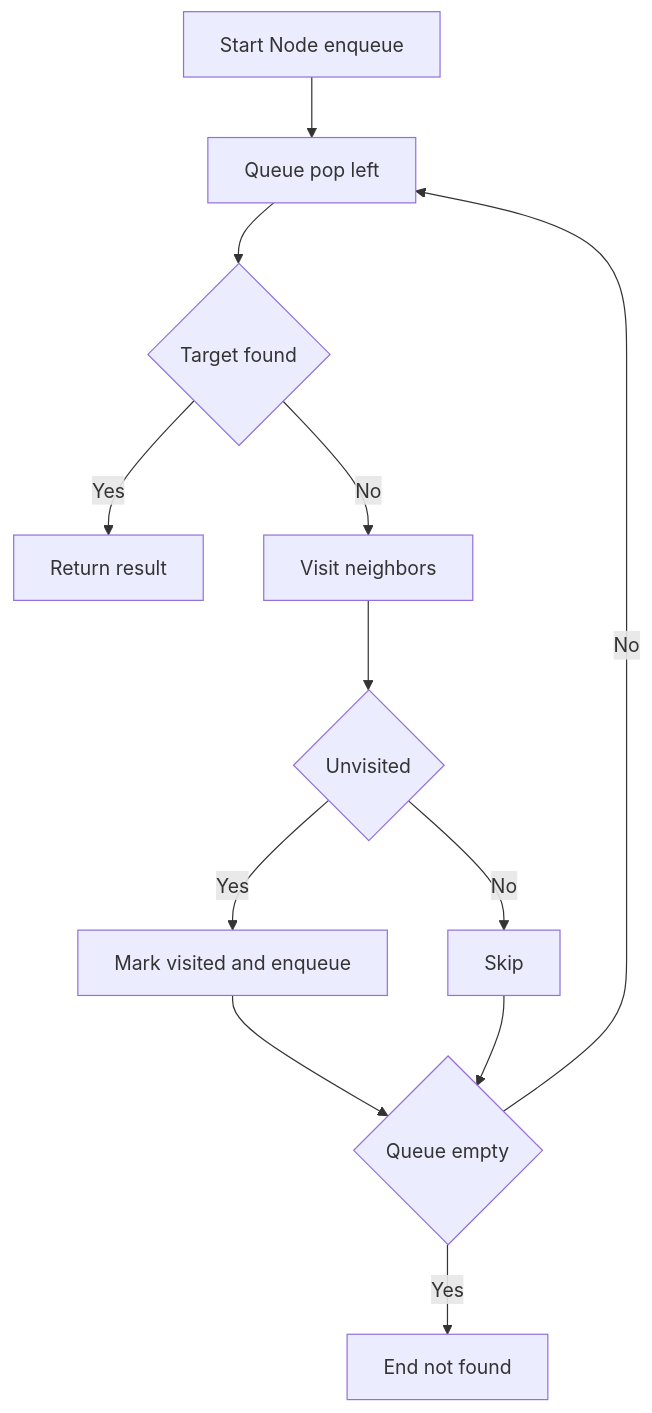
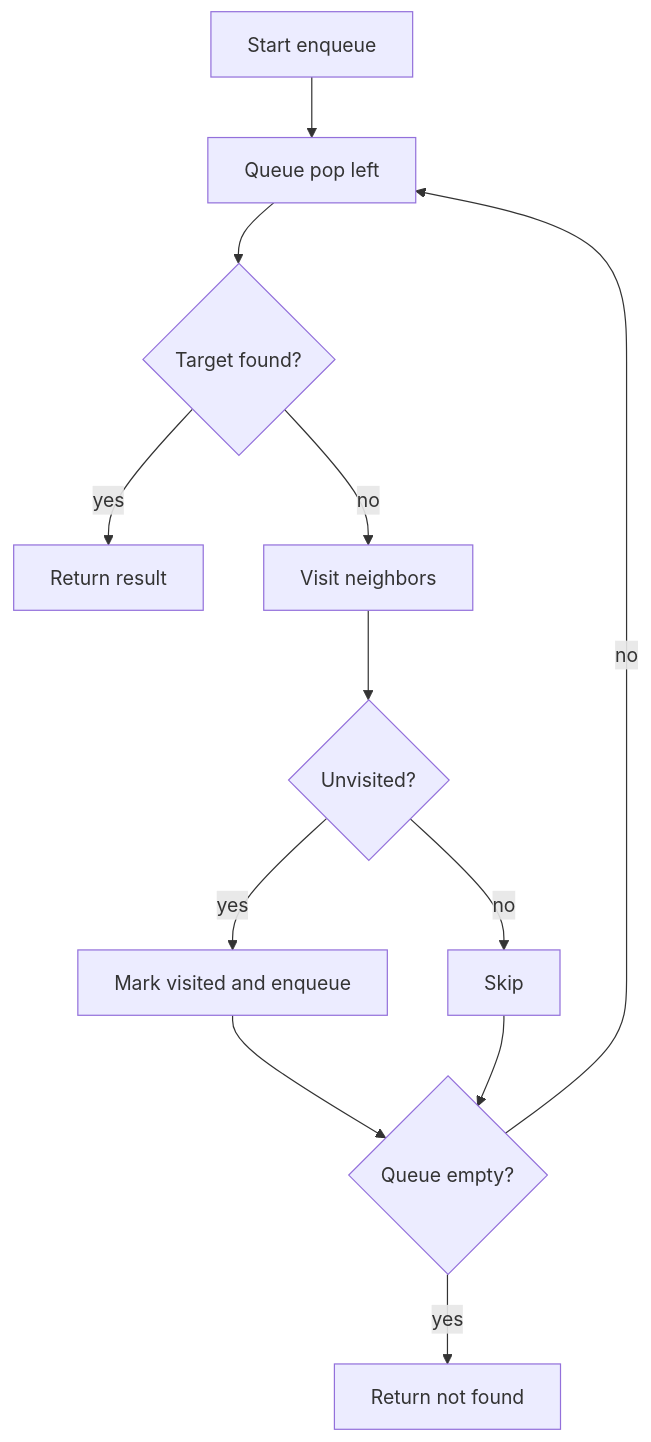
Before and after one commit to choisimo/document: the diagram in content/docs/algorithms/algorithm-architect/01-graph/01-bfs.md, drawn with Mermaid. The commit also changed other lines of this file and 432 other files, not shown here.

````diff
--- a/content/docs/algorithms/algorithm-architect/01-graph/01-bfs.md
+++ b/content/docs/algorithms/algorithm-architect/01-graph/01-bfs.md
@@ -22,14 +73,14 @@
 ```mermaid
 flowchart TD
-    A[Start Node enqueue] --> B[Queue pop left]
-    B --> C{Target found}
-    C -- Yes --> D[Return result]
-    C -- No --> E[Visit neighbors]
-    E --> F{Unvisited}
-    F -- Yes --> G[Mark visited and enqueue]
-    F -- No --> H[Skip]
-    G --> I{Queue empty}
+    A[Start enqueue] --> B[Queue pop left]
+    B --> C{Target found?}
+    C -- yes --> D[Return result]
+    C -- no --> E[Visit neighbors]
+    E --> F{Unvisited?}
+    F -- yes --> G[Mark visited and enqueue]
+    F -- no --> H[Skip]
+    G --> I{Queue empty?}
     H --> I
-    I -- No --> B
-    I -- Yes --> J[End not found]
+    I -- no --> B
+    I -- yes --> J[Return not found]
 ```
````
